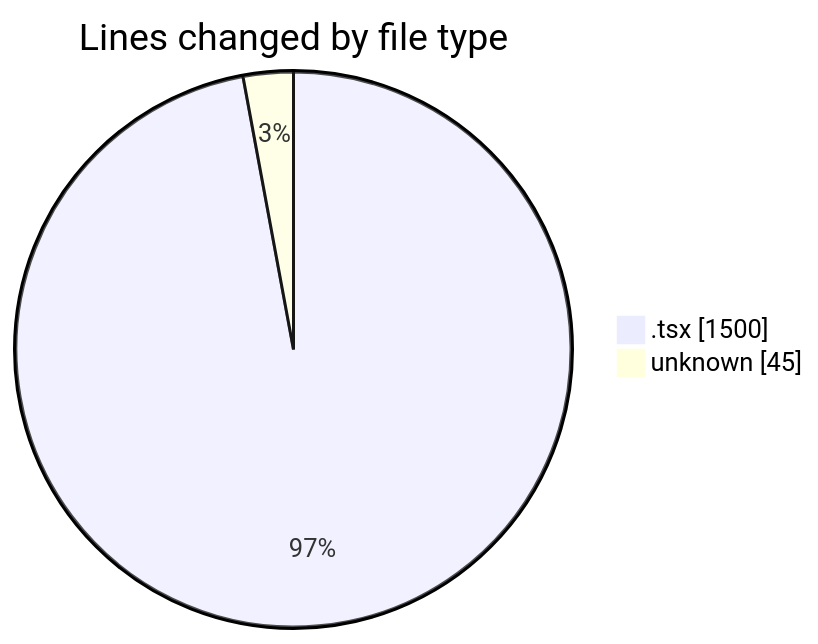
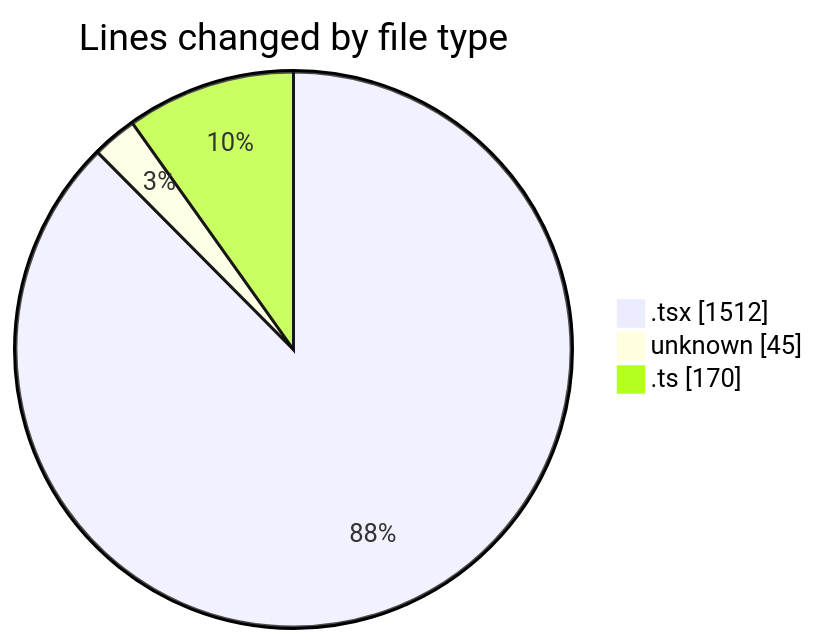
One commit to momahboobian/code-tracking changed the first of 2 diagrams in 2025-09-01/cda/README.md. Above: the diagram before and after it, drawn with Mermaid. The commit also changed other lines of this file and 1 other file, not shown here.

````diff
--- a/2025-09-01/cda/README.md
+++ b/2025-09-01/cda/README.md
@@ -24,6 +25,7 @@
 ```mermaid
 pie showData
 title Lines changed by file type
-".tsx" : 1500
+".tsx" : 1512
 "unknown" : 45
+".ts" : 170
 ```
````
